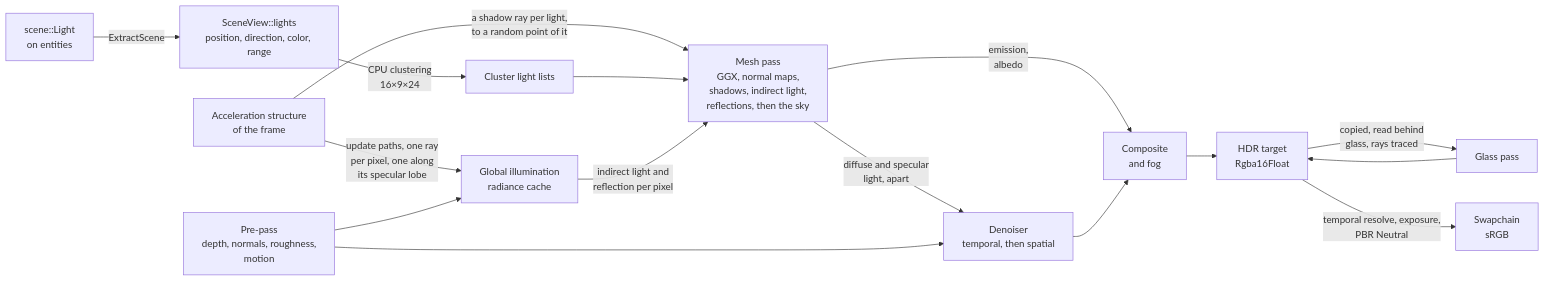
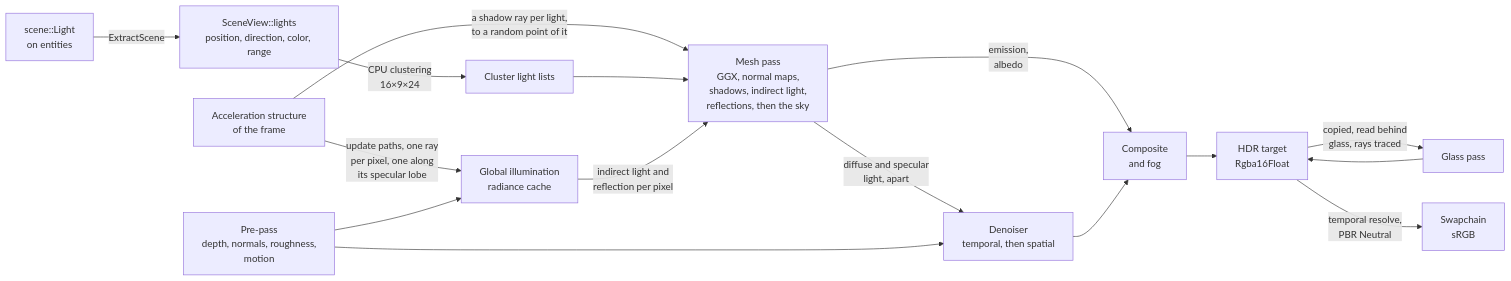
The eighth of 12 diagrams in docs/ARCHITECTURE.md (SBXdev3D/daidalos-engine-next), drawn with Mermaid before and after one commit. The commit also changed other lines of this file and 50 other files, not shown here.

````diff
--- a/docs/ARCHITECTURE.md
+++ b/docs/ARCHITECTURE.md
@@ -181,18 +181,18 @@
 ```mermaid
 flowchart LR
     E["scene::Light<br/>on entities"] -->|"ExtractScene"| L["SceneView::lights<br/>position, direction, color, range"]
     AS["Acceleration structure<br/>of the frame"] -->|"a shadow ray per light,<br/>to a random point of it"| M
     L -->|"CPU clustering<br/>16×9×24"| CL["Cluster light lists"]
     CL --> M["Mesh pass<br/>GGX, normal maps,<br/>shadows, indirect light,<br/>reflections, then the sky"]
     AS -->|"update paths, one ray<br/>per pixel, one along<br/>its specular lobe"| GI["Global illumination<br/>radiance cache"]
     P["Pre-pass<br/>depth, normals, roughness,<br/>motion"] --> GI
     GI -->|"indirect light and<br/>reflection per pixel"| M
     M -->|"diffuse and specular<br/>light, apart"| DN["Denoiser<br/>temporal, then spatial"]
     P --> DN
     M -->|"emission,<br/>albedo"| CO["Composite<br/>and fog"]
     DN --> CO
     CO --> H["HDR target<br/>Rgba16Float"]
     H -->|"copied, read behind<br/>glass, rays traced"| GL["Glass pass"]
     GL --> H
-    H -->|"temporal resolve, exposure,<br/>PBR Neutral"| S["Swapchain<br/>sRGB"]
+    H -->|"temporal resolve,<br/>PBR Neutral"| S["Swapchain<br/>sRGB"]
 ```
````
